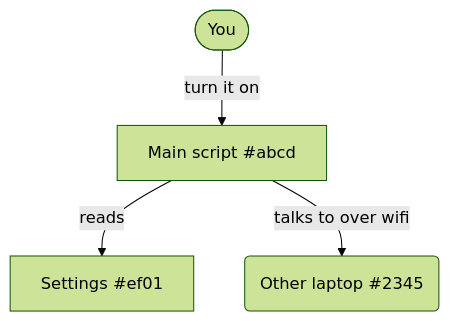
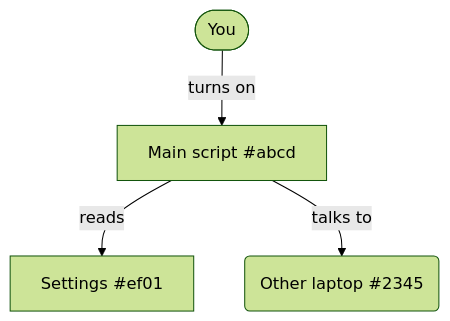
The diagram in easify/easify.md (seros-cimenstein/omp-agent-tools), drawn with Mermaid (forest theme) before and after one commit. The commit also changed other lines of this file and 12 other files, not shown here.

````diff
--- a/easify/easify.md
+++ b/easify/easify.md
@@ -26,6 +27,6 @@
    ```mermaid
    flowchart TD
-     you(["You"]) -->|"turn it on"| a["Main script #abcd"]
+     you(["You"]) -->|"turns on"| a["Main script #abcd"]
      a -->|"reads"| b["Settings #ef01"]
-     a -->|"talks to over wifi"| c("Other laptop #2345")
+     a -->|"talks to"| c("Other laptop #2345")
    ```
````
